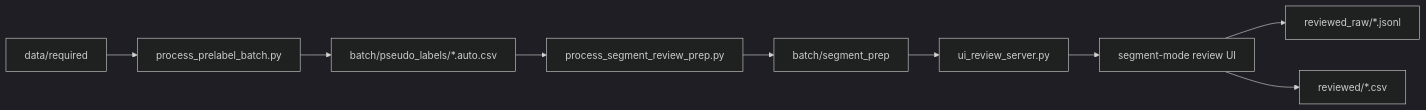
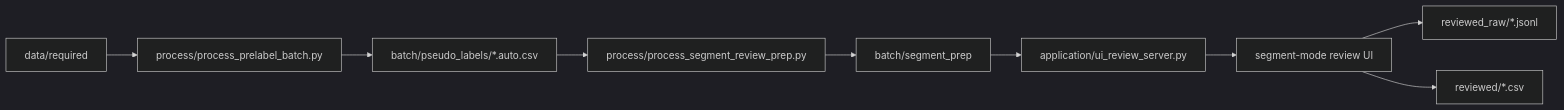
One commit to hlife0/ReID_data_annotation changed the diagram in docs/README.md. Above: the diagram before and after it, drawn with Mermaid (dark theme). The commit also changed other lines of this file and 47 other files, not shown here.

Commit message:
Reorganize active code into application process and test

````diff
--- a/docs/README.md
+++ b/docs/README.md
@@ -84,11 +86,11 @@
 ```mermaid
 flowchart LR
-    A[data/required] --> B[process_prelabel_batch.py]
+    A[data/required] --> B[process/process_prelabel_batch.py]
     B --> C[batch/pseudo_labels/*.auto.csv]
-    C --> D[process_segment_review_prep.py]
+    C --> D[process/process_segment_review_prep.py]
     D --> E[batch/segment_prep]
-    E --> F[ui_review_server.py]
+    E --> F[application/ui_review_server.py]
     F --> G[segment-mode review UI]
     G --> H[reviewed_raw/*.jsonl]
     G --> I[reviewed/*.csv]
 ```
````
